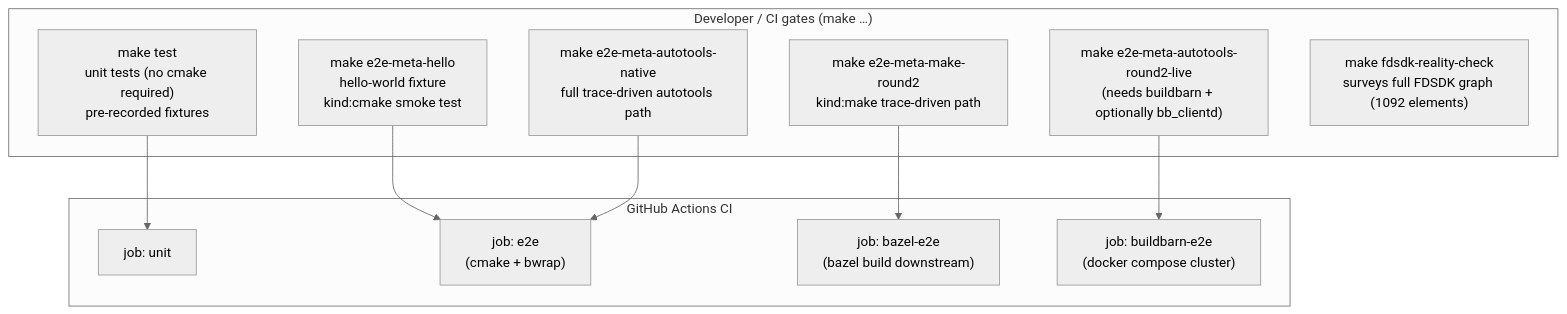
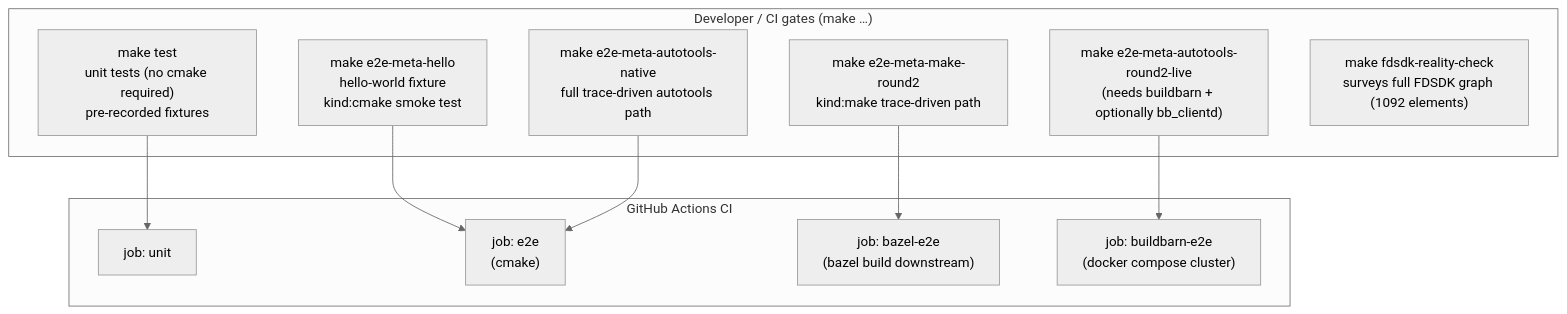
Before and after one commit to sstriker/buildstream-bazel: diagram 14 of 14 in docs/visual-guide.md, drawn with Mermaid (neutral theme). The commit also changed other lines of this file and 25 other files, not shown here.

````diff
--- a/docs/visual-guide.md
+++ b/docs/visual-guide.md
@@ -398,24 +396,24 @@
 ```mermaid
 flowchart TB
     subgraph DEV["Developer / CI gates (make …)"]
         UNIT["make test\nunit tests (no cmake required)\npre-recorded fixtures"]
         E2E_HELLO["make e2e-meta-hello\nhello-world fixture\nkind:cmake smoke test"]
         E2E_AUTO["make e2e-meta-autotools-native\nfull trace-driven autotools path"]
         E2E_MAKE["make e2e-meta-make-round2\nkind:make trace-driven path"]
         E2E_BB["make e2e-meta-autotools-round2-live\n(needs buildbarn + optionally bb_clientd)"]
         FDSDK["make fdsdk-reality-check\nsurveys full FDSDK graph (1092 elements)"]
     end
 
     subgraph CI["GitHub Actions CI"]
         UNIT2["job: unit"]
-        E2E2["job: e2e\n(cmake + bwrap)"]
+        E2E2["job: e2e\n(cmake)"]
         BAZELE2E["job: bazel-e2e\n(bazel build downstream)"]
         BBE2E["job: buildbarn-e2e\n(docker compose cluster)"]
     end
 
     UNIT --> UNIT2
     E2E_HELLO --> E2E2
     E2E_AUTO --> E2E2
     E2E_BB --> BBE2E
     E2E_MAKE --> BAZELE2E
 ```
````
